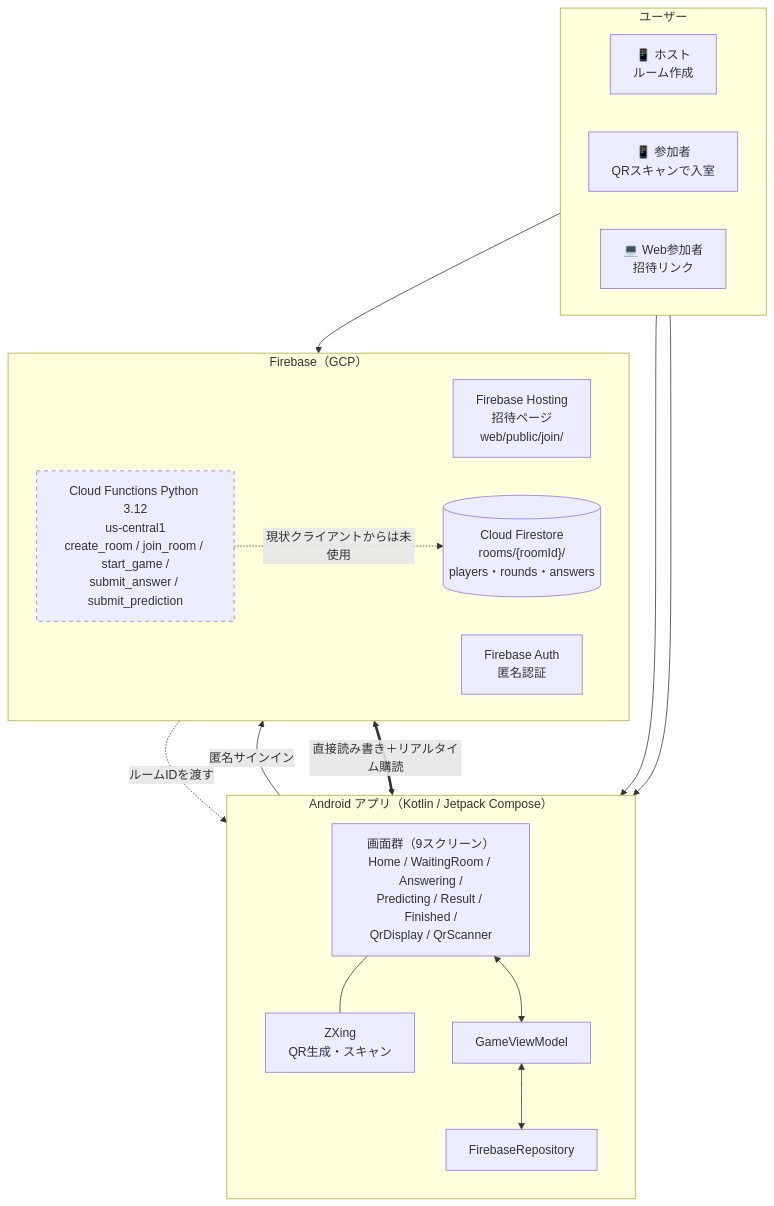
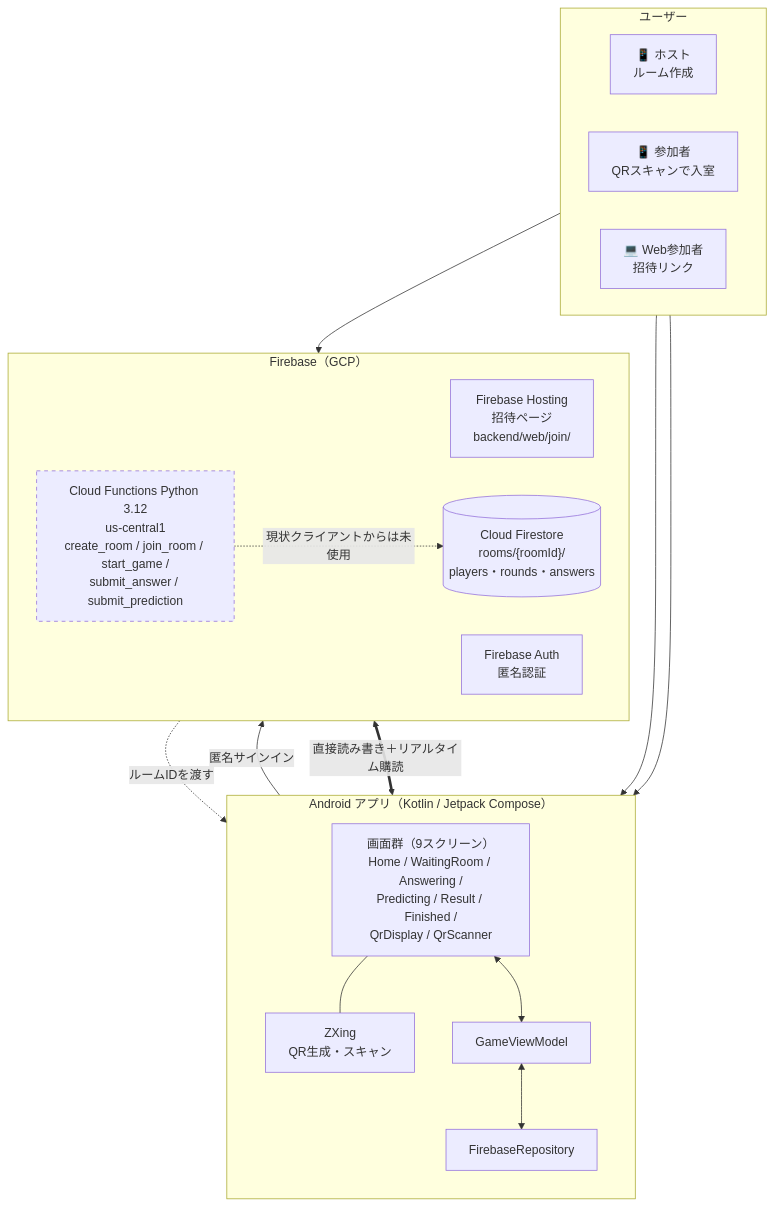
The diagram in README.md (rokusoudo-product/qa-count-hit-game), drawn with Mermaid before and after one commit. The commit also changed other lines of this file and 9 other files, not shown here.

First line of the commit message:
fix(#28): unify Hosting config and make invite URL flow playable (#43)

````diff
--- a/README.md
+++ b/README.md
@@ -42,42 +42,42 @@
 ```mermaid
 flowchart TB
     subgraph User["ユーザー"]
         direction LR
         HOST["📱 ホスト<br/>ルーム作成"]
         GUEST["📱 参加者<br/>QRスキャンで入室"]
         WEBU["💻 Web参加者<br/>招待リンク"]
     end
 
     subgraph AndroidApp["Android アプリ（Kotlin / Jetpack Compose）"]
         direction TB
         SCREENS["画面群（9スクリーン）<br/>Home / WaitingRoom / Answering /<br/>Predicting / Result / Finished /<br/>QrDisplay / QrScanner"]
         ZX["ZXing<br/>QR生成・スキャン"]
         VM["GameViewModel"]
         REPO["FirebaseRepository"]
         SCREENS --- ZX
         SCREENS <--> VM
         VM <--> REPO
     end
 
     subgraph Firebase["Firebase（GCP）"]
         direction LR
-        HOSTING["Firebase Hosting<br/>招待ページ<br/>web/public/join/"]
+        HOSTING["Firebase Hosting<br/>招待ページ<br/>backend/web/join/"]
         AUTH["Firebase Auth<br/>匿名認証"]
         FS[("Cloud Firestore<br/>rooms/{roomId}/<br/>players・rounds・answers")]
         FN["Cloud Functions Python 3.12<br/>us-central1<br/>create_room / join_room / start_game /<br/>submit_answer / submit_prediction"]
     end
 
     HOST --> SCREENS
     GUEST --> SCREENS
     WEBU --> HOSTING
 
     REPO -->|匿名サインイン| AUTH
     REPO <==>|直接読み書き＋リアルタイム購読| FS
     HOSTING -.->|ルームIDを渡す| SCREENS
     FN -.->|現状クライアントからは未使用| FS
 
     User ~~~ AndroidApp
     AndroidApp ~~~ Firebase
 
     style FN stroke-dasharray: 5 5
 ```
````
